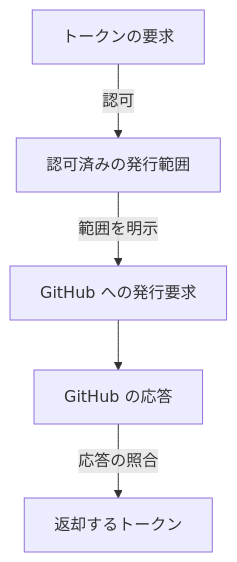
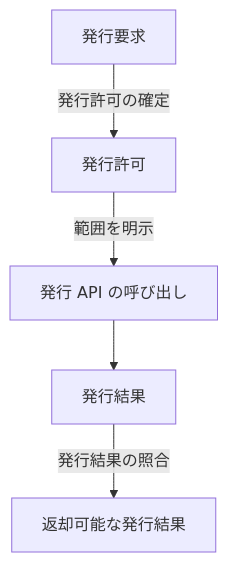
The first of 2 diagrams in formal/README.md (tmknom/gates), drawn with Mermaid before and after one commit. The commit also changed other lines of this file and 13 other files, not shown here.

````diff
--- a/formal/README.md
+++ b/formal/README.md
@@ -27,7 +28,7 @@
 ```mermaid
 flowchart TB
-    Request[トークンの要求] -->|認可| Grant[認可済みの発行範囲]
-    Grant -->|範囲を明示| Attempt[GitHub への発行要求]
-    Attempt --> Response[GitHub の応答]
-    Response -->|応答の照合| Returned[返却するトークン]
+    Request[発行要求] -->|発行許可の確定| Grant[発行許可]
+    Grant -->|範囲を明示| Call[発行 API の呼び出し]
+    Call --> Result[発行結果]
+    Result -->|発行結果の照合| Token[返却可能な発行結果]
 ```
````
